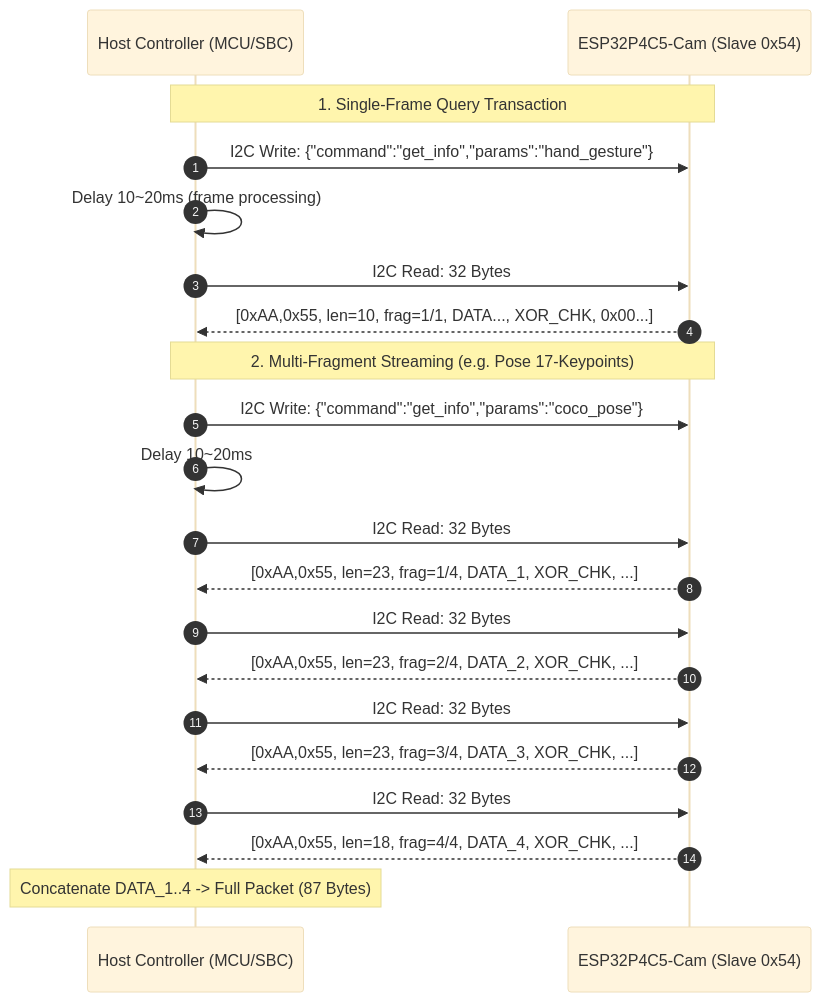
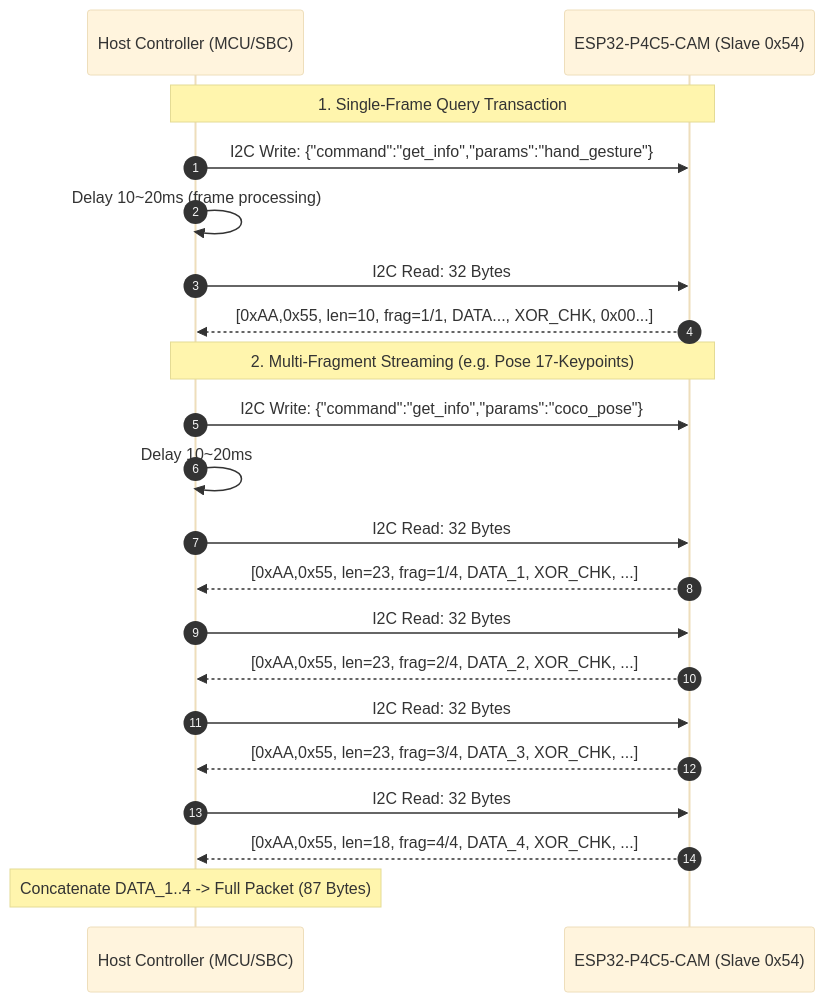
The diagram in docs/i2c_protocol_en.md (HanerQAQ/ESP32-P4C5-CAM), drawn with Mermaid (base theme) before and after one commit. The commit also changed 26 other files, not shown here.

````diff
--- a/docs/i2c_protocol_en.md
+++ b/docs/i2c_protocol_en.md
@@ -13,25 +13,25 @@
 ```mermaid
 sequenceDiagram
     autonumber
     participant Host as Host Controller (MCU/SBC)
-    participant Module as ESP32P4C5-Cam (Slave 0x54)
+    participant Module as ESP32-P4C5-CAM (Slave 0x54)
 
     Note over Host,Module: 1. Single-Frame Query Transaction
     Host->>Module: I2C Write: {"command":"get_info","params":"hand_gesture"}
     Host->>Host: Delay 10~20ms (frame processing)
     Host->>Module: I2C Read: 32 Bytes
     Module-->>Host: [0xAA,0x55, len=10, frag=1/1, DATA..., XOR_CHK, 0x00...]
 
     Note over Host,Module: 2. Multi-Fragment Streaming (e.g. Pose 17-Keypoints)
     Host->>Module: I2C Write: {"command":"get_info","params":"coco_pose"}
     Host->>Host: Delay 10~20ms
     Host->>Module: I2C Read: 32 Bytes
     Module-->>Host: [0xAA,0x55, len=23, frag=1/4, DATA_1, XOR_CHK, ...]
     Host->>Module: I2C Read: 32 Bytes
     Module-->>Host: [0xAA,0x55, len=23, frag=2/4, DATA_2, XOR_CHK, ...]
     Host->>Module: I2C Read: 32 Bytes
     Module-->>Host: [0xAA,0x55, len=23, frag=3/4, DATA_3, XOR_CHK, ...]
     Host->>Module: I2C Read: 32 Bytes
     Module-->>Host: [0xAA,0x55, len=18, frag=4/4, DATA_4, XOR_CHK, ...]
     Note over Host: Concatenate DATA_1..4 -> Full Packet (87 Bytes)
 ```
````
